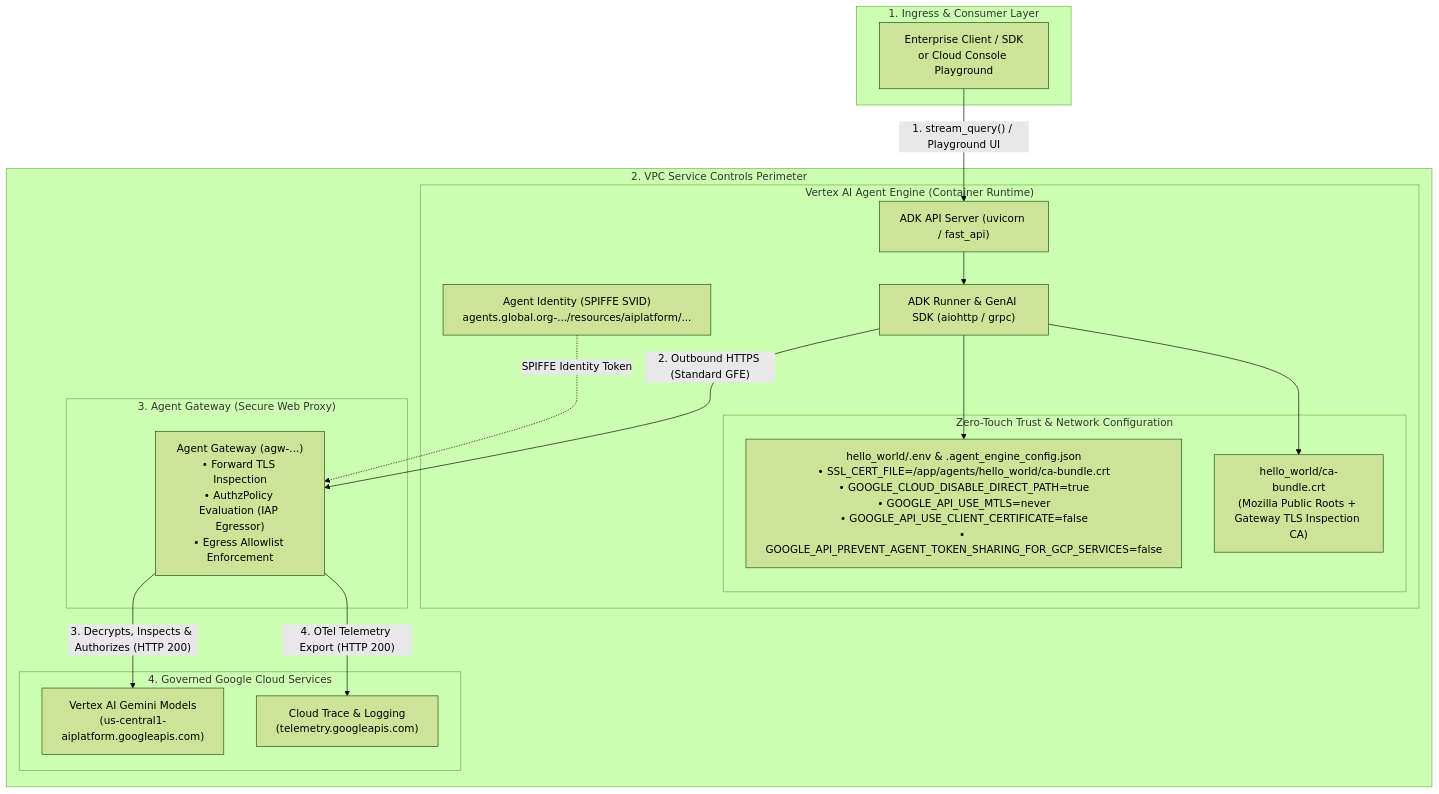
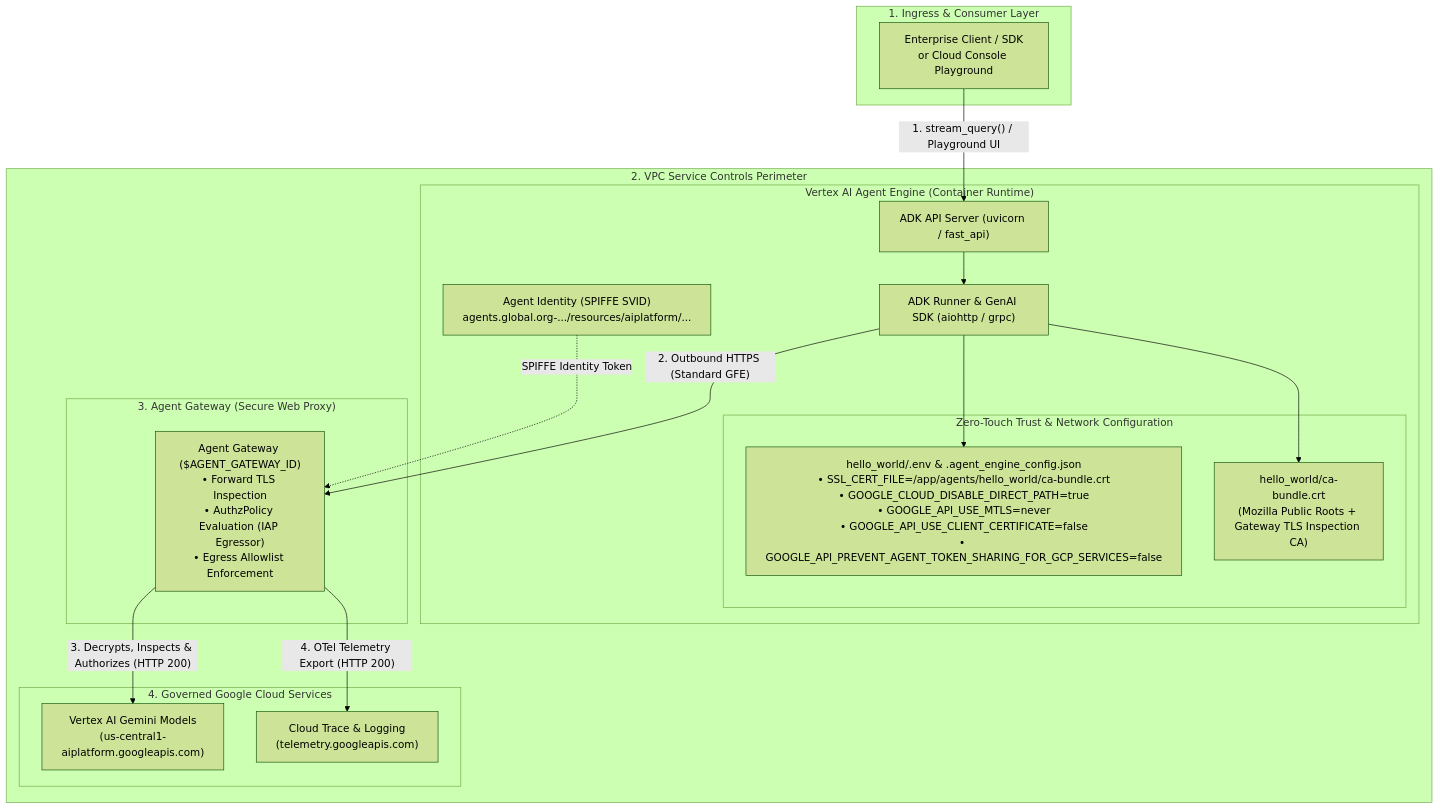
One commit to demichael4520/helloworld changed the diagram in README.md. Above: the diagram before and after it, drawn with Mermaid (forest theme). The commit also changed other lines of this file and 4 other files, not shown here.

````diff
--- a/README.md
+++ b/README.md
@@ -11,39 +11,39 @@
 ```mermaid
 flowchart TD
     subgraph ClientLayer["1. Ingress & Consumer Layer"]
         User["Enterprise Client / SDK\nor Cloud Console Playground"]
     end
 
     subgraph VPCSC["2. VPC Service Controls Perimeter"]
         subgraph ReasoningEngine["Vertex AI Agent Engine (Container Runtime)"]
             APIServer["ADK API Server (uvicorn / fast_api)"]
             Runner["ADK Runner & GenAI SDK (aiohttp / grpc)"]
             
             subgraph ContainerConfig["Zero-Touch Trust & Network Configuration"]
                 EnvVars["hello_world/.env & .agent_engine_config.json\n• SSL_CERT_FILE=/app/agents/hello_world/ca-bundle.crt\n• GOOGLE_CLOUD_DISABLE_DIRECT_PATH=true\n• GOOGLE_API_USE_MTLS=never\n• GOOGLE_API_USE_CLIENT_CERTIFICATE=false\n• GOOGLE_API_PREVENT_AGENT_TOKEN_SHARING_FOR_GCP_SERVICES=false"]
                 CABundle["hello_world/ca-bundle.crt\n(Mozilla Public Roots + Gateway TLS Inspection CA)"]
             end
             
             Identity["Agent Identity (SPIFFE SVID)\nagents.global.org-.../resources/aiplatform/..."]
             
             APIServer --> Runner
             Runner --> EnvVars
             Runner --> CABundle
         end
 
         subgraph GatewayLayer["3. Agent Gateway (Secure Web Proxy)"]
-            AGW["Agent Gateway (agw-...)\n• Forward TLS Inspection\n• AuthzPolicy Evaluation (IAP Egressor)\n• Egress Allowlist Enforcement"]
+            AGW["Agent Gateway ($AGENT_GATEWAY_ID)\n• Forward TLS Inspection\n• AuthzPolicy Evaluation (IAP Egressor)\n• Egress Allowlist Enforcement"]
         end
 
         subgraph GoogleServices["4. Governed Google Cloud Services"]
             Gemini["Vertex AI Gemini Models\n(us-central1-aiplatform.googleapis.com)"]
             Telemetry["Cloud Trace & Logging\n(telemetry.googleapis.com)"]
         end
     end
 
     User -- "1. stream_query() / Playground UI" --> APIServer
     Runner -- "2. Outbound HTTPS (Standard GFE)" --> AGW
     Identity -. "SPIFFE Identity Token" .-> AGW
     AGW -- "3. Decrypts, Inspects & Authorizes (HTTP 200)" --> Gemini
     AGW -- "4. OTel Telemetry Export (HTTP 200)" --> Telemetry
 ```
````
